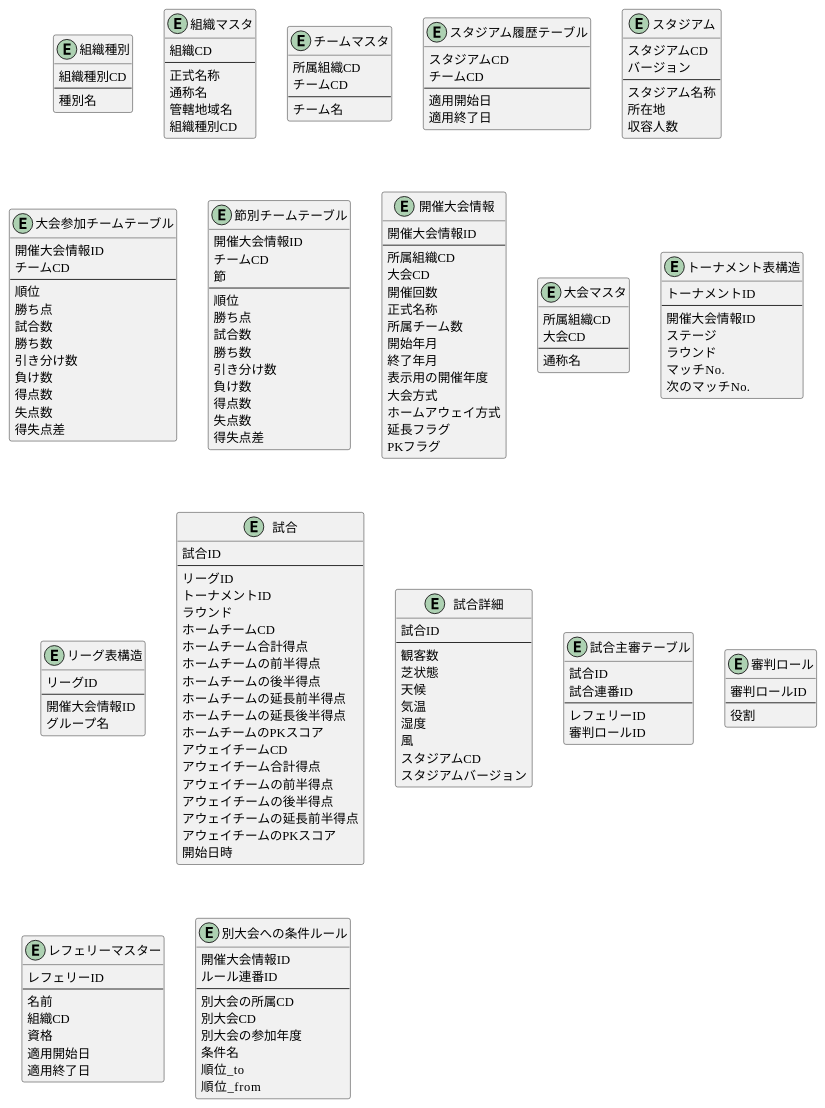
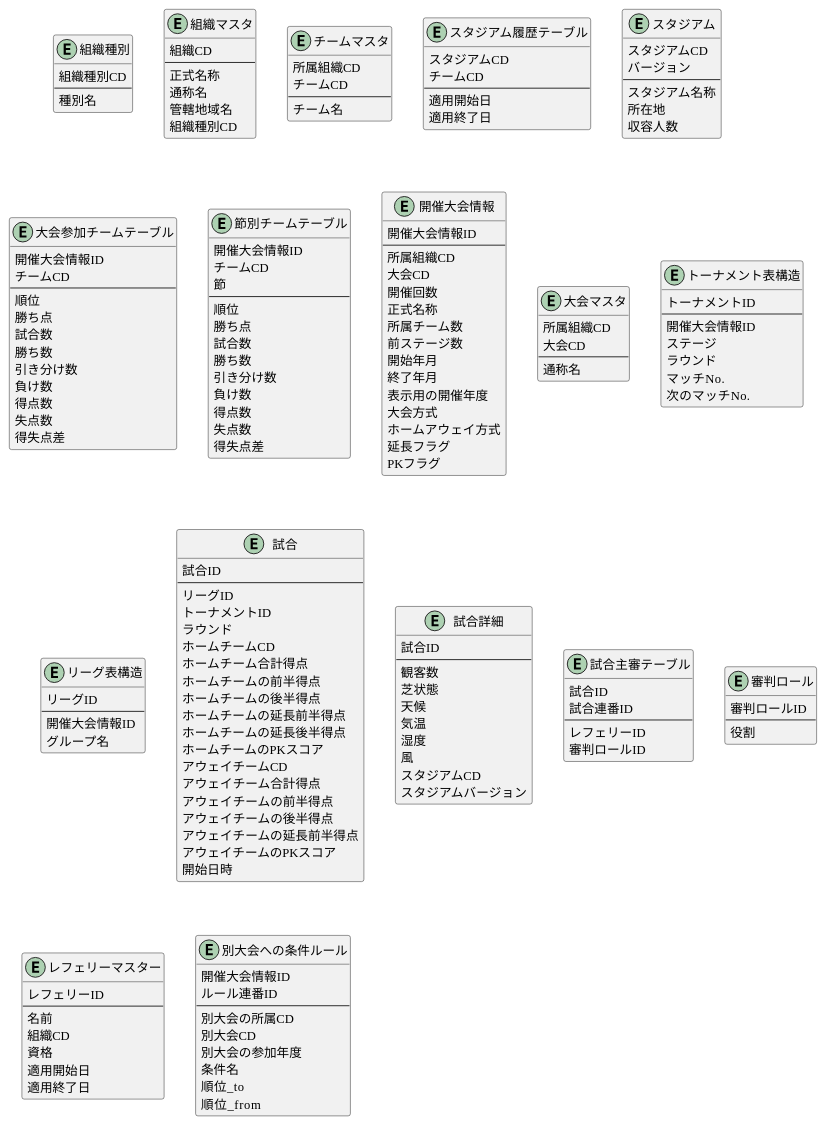
One commit to LCC-SYamada/SocckerDB_PlantUML changed the diagram in soccker_db.puml. Above: the diagram before and after it, drawn with PlantUML.

Commit message:
開催大会情報にてステージ合計を持っておきリーグかつトーナメントが発生してもステージで管理する

```diff
--- a/soccker_db.puml
+++ b/soccker_db.puml
@@ -1,186 +1,187 @@
 @startuml
 
 Entity "組織種別" as OrganizationType {
   組織種別CD
   --
   種別名
 }
 
 Entity "組織マスタ" as Organization {
   組織CD
   --
   正式名称
   通称名
   管轄地域名
   組織種別CD
 }
 
 Entity "チームマスタ" as Team {
   所属組織CD
   チームCD
   --
   チーム名
 }
 
 Entity "スタジアム履歴テーブル" as StadiumHistory {
   スタジアムCD
   チームCD
   --
   適用開始日
   適用終了日
 }
 
 Entity "スタジアム" as Stadium {
   スタジアムCD
   バージョン
   --
   スタジアム名称
   所在地
   収容人数
 }
 
 Entity "大会参加チームテーブル" as SeaSonTournament {
   開催大会情報ID
   チームCD
   --
   順位
   勝ち点
   試合数
   勝ち数
   引き分け数
   負け数
   得点数
   失点数
   得失点差  
 }
 
 Entity "節別チームテーブル" as MatchDayRank {
   開催大会情報ID
   チームCD
   節
   --
   順位
   勝ち点
   試合数
   勝ち数
   引き分け数
   負け数
   得点数
   失点数
   得失点差  
 }
 
 Entity "開催大会情報" as TournamentInfo {
   開催大会情報ID
   --
   所属組織CD
   大会CD
   開催回数
   正式名称
   所属チーム数
+  前ステージ数
   開始年月
   終了年月
   表示用の開催年度
   大会方式
   ホームアウェイ方式
   延長フラグ
   PKフラグ
 }
 
 Entity "大会マスタ" as Tournament {
   所属組織CD
   大会CD
   --
   通称名
 }
 
 Entity "トーナメント表構造" as TournamentTable {
   トーナメントID
   --
   開催大会情報ID
   ステージ
   ラウンド
   マッチNo.
   次のマッチNo.
 }
 
 Entity "リーグ表構造" as LeagueTable {
   リーグID
   --
   開催大会情報ID
   グループ名
 }
 
 Entity "試合" as Match {
   試合ID
   --
   リーグID
   トーナメントID
   ラウンド
   ホームチームCD
   ホームチーム合計得点
   ホームチームの前半得点
   ホームチームの後半得点
   ホームチームの延長前半得点
   ホームチームの延長後半得点
   ホームチームのPKスコア
   アウェイチームCD
   アウェイチーム合計得点
   アウェイチームの前半得点
   アウェイチームの後半得点
   アウェイチームの延長前半得点
   アウェイチームのPKスコア
   開始日時
 }
 
 Entity "試合詳細" as MatchInfo {
   試合ID
   --
   観客数
   芝状態
   天候
   気温
   湿度
   風
   スタジアムCD
   スタジアムバージョン
 }
 
 Entity "試合主審テーブル" as MatchReferee {
   試合ID
   試合連番ID
   --
   レフェリーID
   審判ロールID
 }
 
 Entity "審判ロール" as RefereeRole {
   審判ロールID
   --
   役割
 }
 
 Entity "レフェリーマスター" as Referee {
   レフェリーID
   --
   名前
   組織CD
   資格
   適用開始日
   適用終了日
 }
 
 
 Entity "別大会への条件ルール" as TournamentDetail {
   開催大会情報ID
   ルール連番ID
   --
   別大会の所属CD
   別大会CD
   別大会の参加年度
   条件名
   順位_to
   順位_from
 }
 
 @enduml
```
